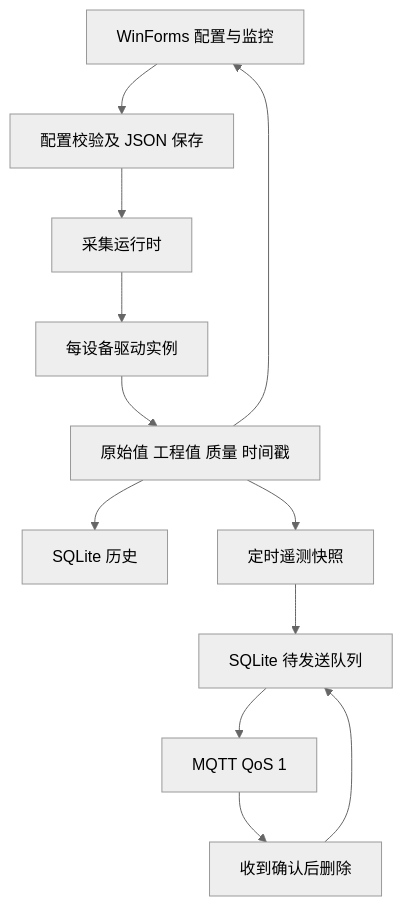
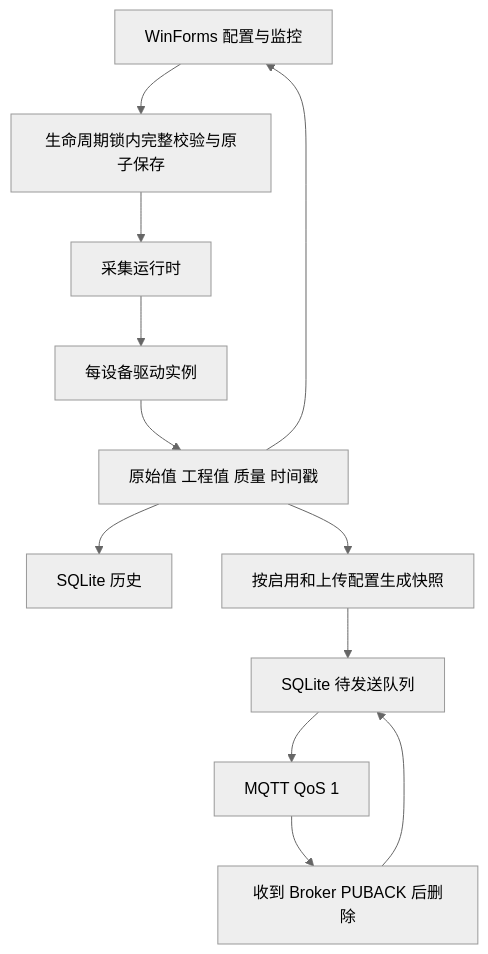
Before and after one commit to kingtentx/edge-gateway: the diagram in .agents/skills/develop-edge-gateway/references/architecture.md, drawn with Mermaid (neutral theme). The commit also changed other lines of this file and 41 other files, not shown here.

````diff
--- a/.agents/skills/develop-edge-gateway/references/architecture.md
+++ b/.agents/skills/develop-edge-gateway/references/architecture.md
@@ -20,14 +20,14 @@
 ```mermaid
 flowchart TD
-    UI[WinForms 配置与监控] --> Config[配置校验及 JSON 保存]
+    UI[WinForms 配置与监控] --> Config[生命周期锁内完整校验与原子保存]
     Config --> Runtime[采集运行时]
     Runtime --> Drivers[每设备驱动实例]
     Drivers --> Samples[原始值 工程值 质量 时间戳]
     Samples --> UI
     Samples --> History[SQLite 历史]
-    Samples --> Snapshot[定时遥测快照]
+    Samples --> Snapshot[按启用和上传配置生成快照]
     Snapshot --> Outbox[SQLite 待发送队列]
     Outbox --> MQTT[MQTT QoS 1]
-    MQTT --> Ack[收到确认后删除]
+    MQTT --> Ack[收到 Broker PUBACK 后删除]
     Ack --> Outbox
 ```
````
